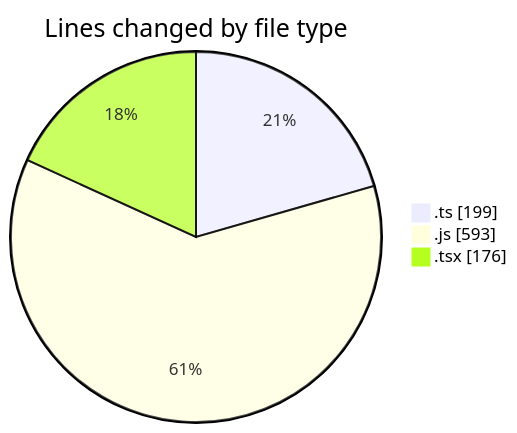
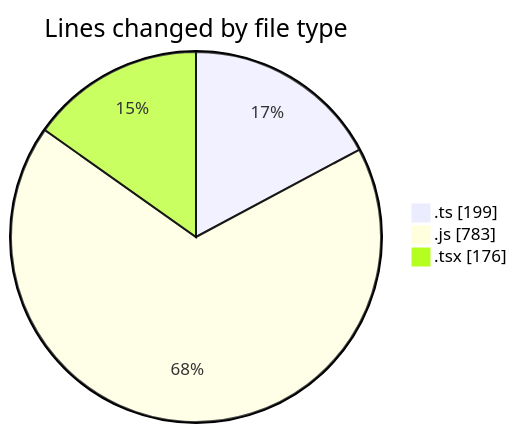
The first of 2 diagrams in 2025-03-12/cda/README.md (momahboobian/code-tracking), drawn with Mermaid before and after one commit. The commit also changed other lines of this file and 1 other file, not shown here.

````diff
--- a/2025-03-12/cda/README.md
+++ b/2025-03-12/cda/README.md
@@ -30,7 +31,7 @@
 ```mermaid
 pie showData
 title Lines changed by file type
 ".ts" : 199
-".js" : 593
+".js" : 783
 ".tsx" : 176
 ```
````
